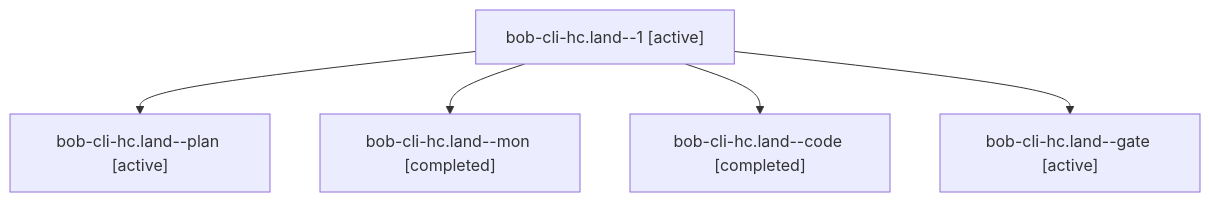
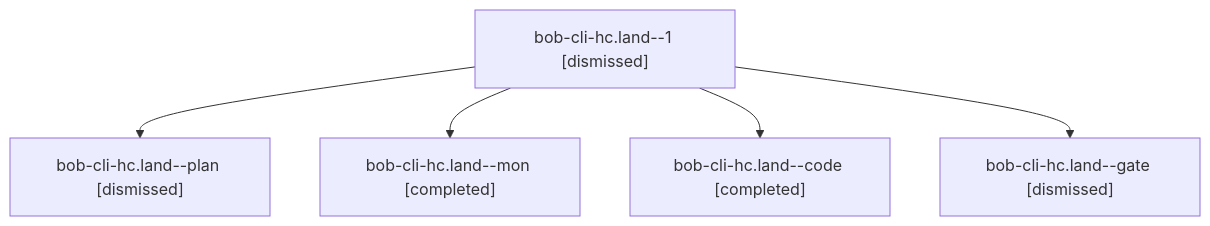
One commit to bobs-org/bob-cli--agents changed the diagram in sessions/bbugyi200.apollo.bob-cli-hc.land.md. Above: the diagram before and after it, drawn with Mermaid. The commit also changed other lines of this file and 222 other files, not shown here.

````diff
--- a/sessions/bbugyi200.apollo.bob-cli-hc.land.md
+++ b/sessions/bbugyi200.apollo.bob-cli-hc.land.md
@@ -9,12 +9,12 @@
 ```mermaid
 flowchart TD
-  n0["bob-cli-hc.land--1 [active]"]
-  n1["bob-cli-hc.land--plan [active]"]
+  n0["bob-cli-hc.land--1 [dismissed]"]
+  n1["bob-cli-hc.land--plan [dismissed]"]
   n0 --> n1
   n2["bob-cli-hc.land--mon [completed]"]
   n0 --> n2
   n3["bob-cli-hc.land--code [completed]"]
   n0 --> n3
-  n4["bob-cli-hc.land--gate [active]"]
+  n4["bob-cli-hc.land--gate [dismissed]"]
   n0 --> n4
 ```
````
